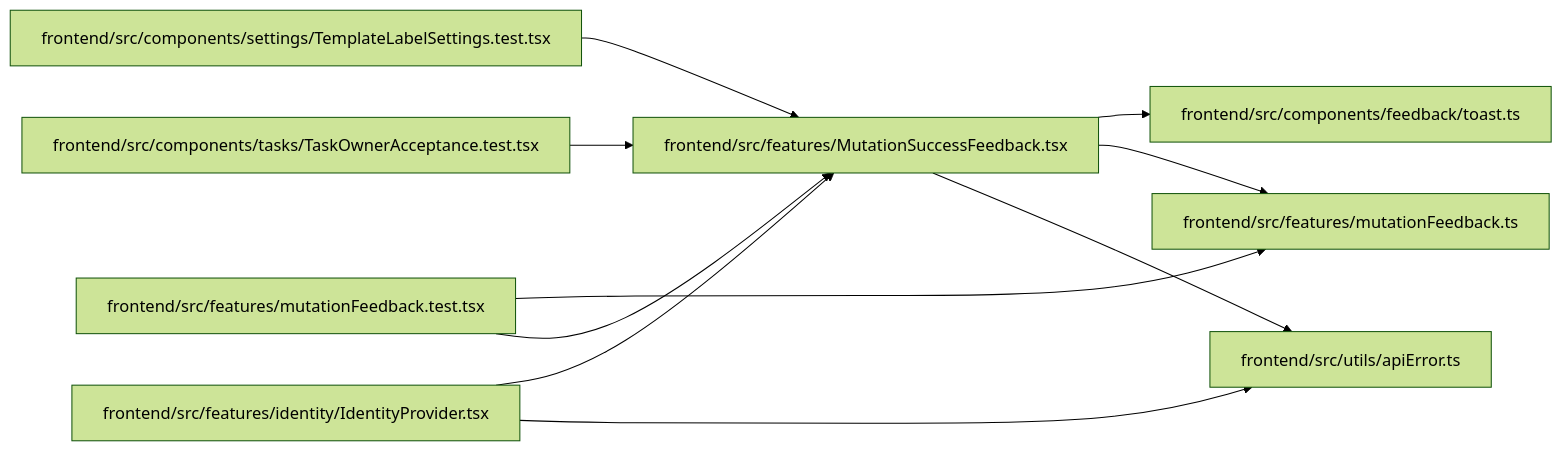
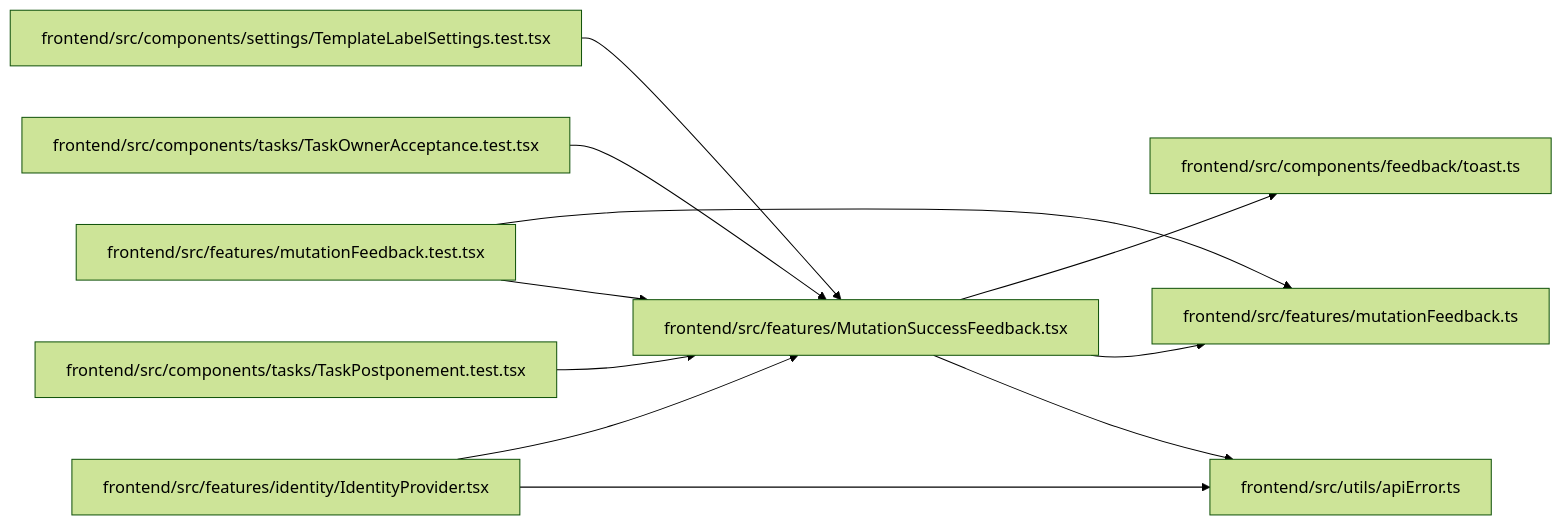
One commit to Denissvgn/WorkChord changed the diagram in docs/llm_wiki/modules/MutationSuccessFeedback.md. Above: the diagram before and after it, drawn with Mermaid (forest theme). The commit also changed other lines of this file and 617 other files, not shown here.

Commit message:
Sync the architectural wiki for postponing from the task page

````diff
--- a/docs/llm_wiki/modules/MutationSuccessFeedback.md
+++ b/docs/llm_wiki/modules/MutationSuccessFeedback.md
@@ -32,28 +32,31 @@
 ```mermaid
 flowchart LR
     n0["frontend/src/components/feedback/toast.ts"]
     n1["frontend/src/components/settings/TemplateLabelSettings.test.tsx"]
     n2["frontend/src/components/tasks/TaskOwnerAcceptance.test.tsx"]
-    n3["frontend/src/features/identity/IdentityProvider.tsx"]
-    n4["frontend/src/features/mutationFeedback.test.tsx"]
-    n5["frontend/src/features/mutationFeedback.ts"]
-    n6["frontend/src/features/MutationSuccessFeedback.tsx"]
-    n7["frontend/src/utils/apiError.ts"]
-    n1 --> n6
-    n2 --> n6
-    n3 --> n6
+    n3["frontend/src/components/tasks/TaskPostponement.test.tsx"]
+    n4["frontend/src/features/identity/IdentityProvider.tsx"]
+    n5["frontend/src/features/mutationFeedback.test.tsx"]
+    n6["frontend/src/features/mutationFeedback.ts"]
+    n7["frontend/src/features/MutationSuccessFeedback.tsx"]
+    n8["frontend/src/utils/apiError.ts"]
+    n1 --> n7
+    n2 --> n7
     n3 --> n7
-    n4 --> n5
-    n4 --> n6
-    n6 --> n0
-    n6 --> n5
-    n6 --> n7
+    n4 --> n7
+    n4 --> n8
+    n5 --> n6
+    n5 --> n7
+    n7 --> n0
+    n7 --> n6
+    n7 --> n8
     click n0 "../modules/toast.md"
     click n1 "../modules/TemplateLabelSettings.test.md"
     click n2 "../modules/TaskOwnerAcceptance.test.md"
-    click n3 "../modules/IdentityProvider.md"
-    click n4 "../modules/mutationFeedback.test.md"
-    click n5 "../modules/mutationFeedback.md"
-    click n6 "../modules/MutationSuccessFeedback.md"
-    click n7 "../modules/apiError.md"
+    click n3 "../modules/TaskPostponement.test.md"
+    click n4 "../modules/IdentityProvider.md"
+    click n5 "../modules/mutationFeedback.test.md"
+    click n6 "../modules/mutationFeedback.md"
+    click n7 "../modules/MutationSuccessFeedback.md"
+    click n8 "../modules/apiError.md"
 ```
````
